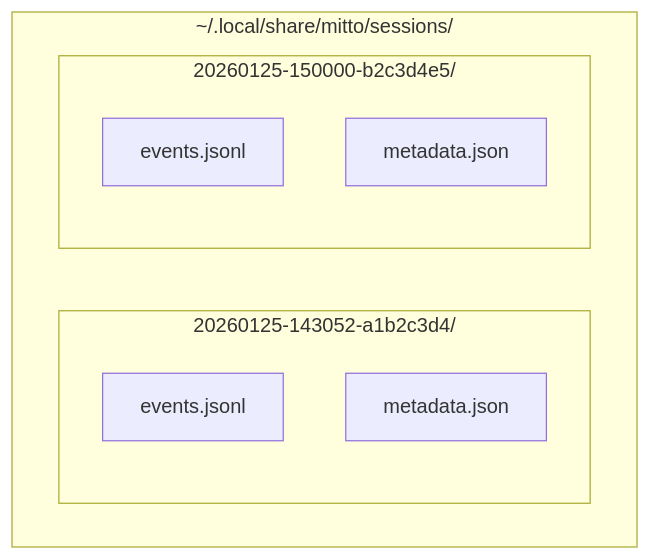
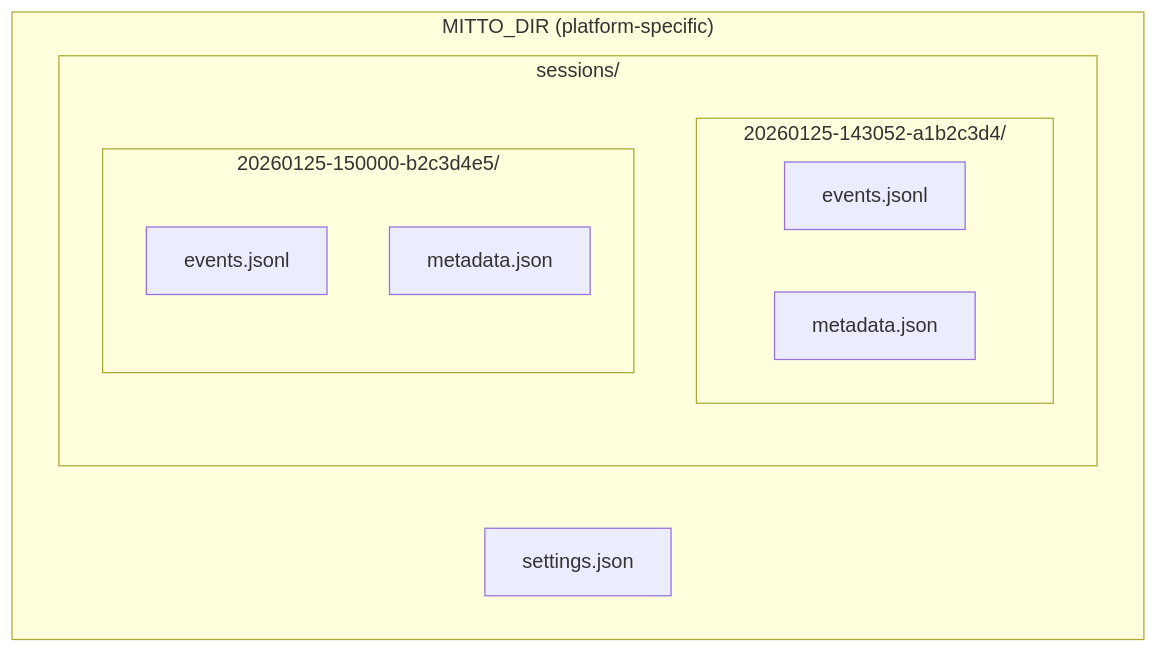
One commit to inercia/mitto changed the eighth of 8 diagrams in docs/architecture.md. Above: the diagram before and after it, drawn with Mermaid. The commit also changed other lines of this file and 5 other files, not shown here.

Commit message:
docs: update architecture and README

````diff
--- a/docs/architecture.md
+++ b/docs/architecture.md
@@ -515,13 +707,16 @@
 ```mermaid
 flowchart TB
-    subgraph "~/.local/share/mitto/sessions/"
-        subgraph "20260125-143052-a1b2c3d4/"
-            E1[events.jsonl]
-            M1[metadata.json]
-        end
-        subgraph "20260125-150000-b2c3d4e5/"
-            E2[events.jsonl]
-            M2[metadata.json]
+    subgraph "MITTO_DIR (platform-specific)"
+        SETTINGS[settings.json]
+        subgraph "sessions/"
+            subgraph "20260125-143052-a1b2c3d4/"
+                E1[events.jsonl]
+                M1[metadata.json]
+            end
+            subgraph "20260125-150000-b2c3d4e5/"
+                E2[events.jsonl]
+                M2[metadata.json]
+            end
         end
     end
 ```
````
